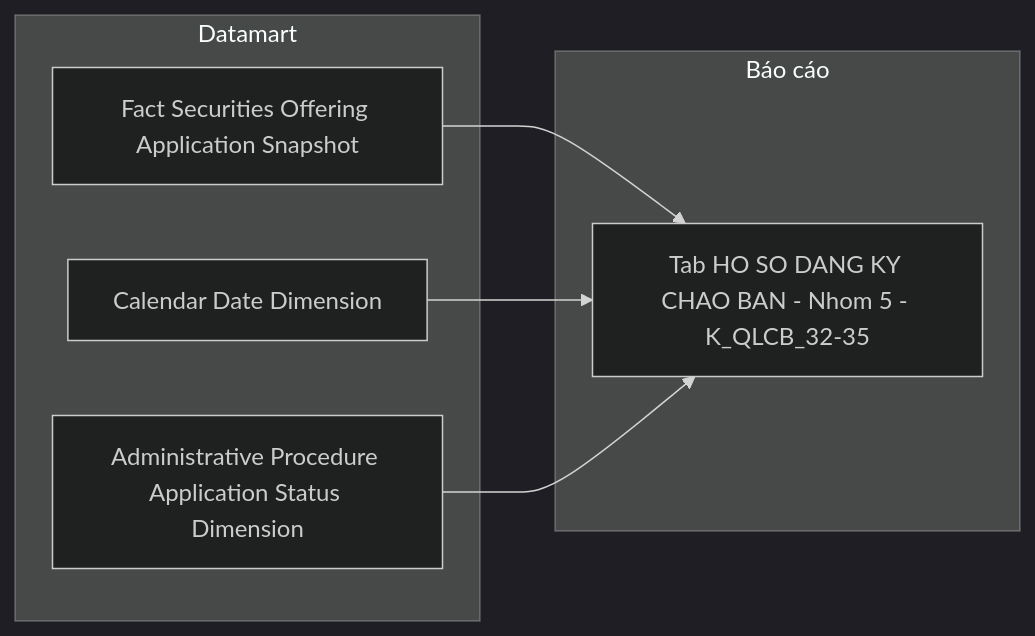
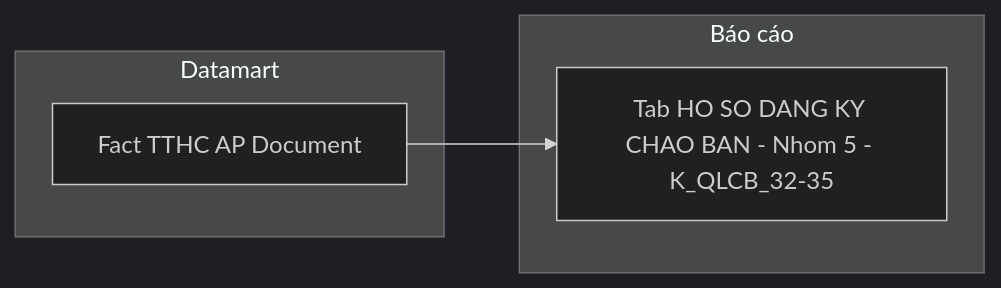
One commit to linhlvit/ubck_atomic_design changed diagram 15 of 22 in Datamart/hld/DTM_QLCB_HLD.md. Above: the diagram before and after it, drawn with Mermaid (dark theme). The commit also changed other lines of this file and 14 other files, not shown here.

First line of the commit message:
feat(QLCB): chuyen Nhom 5/6 sang Fact phang fct_tthc_ap_document theo SQL dbt va cap nhat flat table

````diff
--- a/Datamart/hld/DTM_QLCB_HLD.md
+++ b/Datamart/hld/DTM_QLCB_HLD.md
@@ -880,14 +841,10 @@
 ```mermaid
 flowchart LR
     subgraph Datamart["Datamart"]
-        G1["Fact Securities Offering Application Snapshot"]
-        G2["Calendar Date Dimension"]
-        G3["Administrative Procedure Application Status Dimension"]
+        G1["Fact TTHC AP Document"]
     end
     subgraph RPT["Báo cáo"]
         R5["Tab HO SO DANG KY CHAO BAN - Nhom 5 - K_QLCB_32-35"]
     end
     G1 --> R5
-    G2 --> R5
-    G3 --> R5
 ```
````
